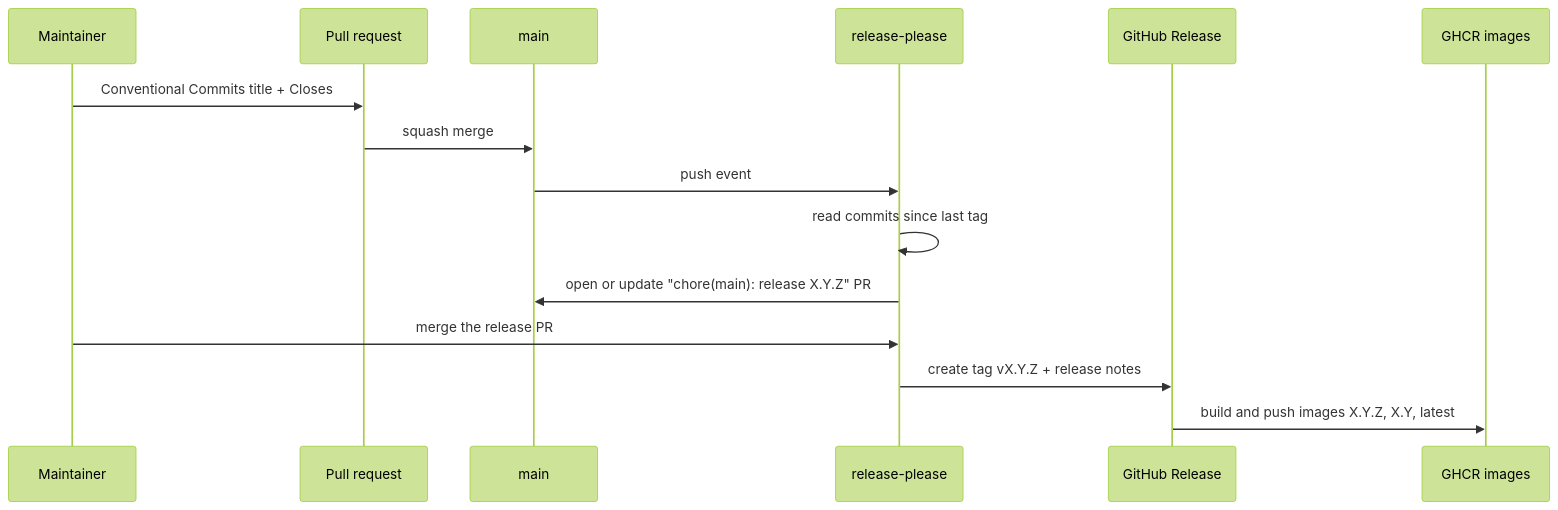
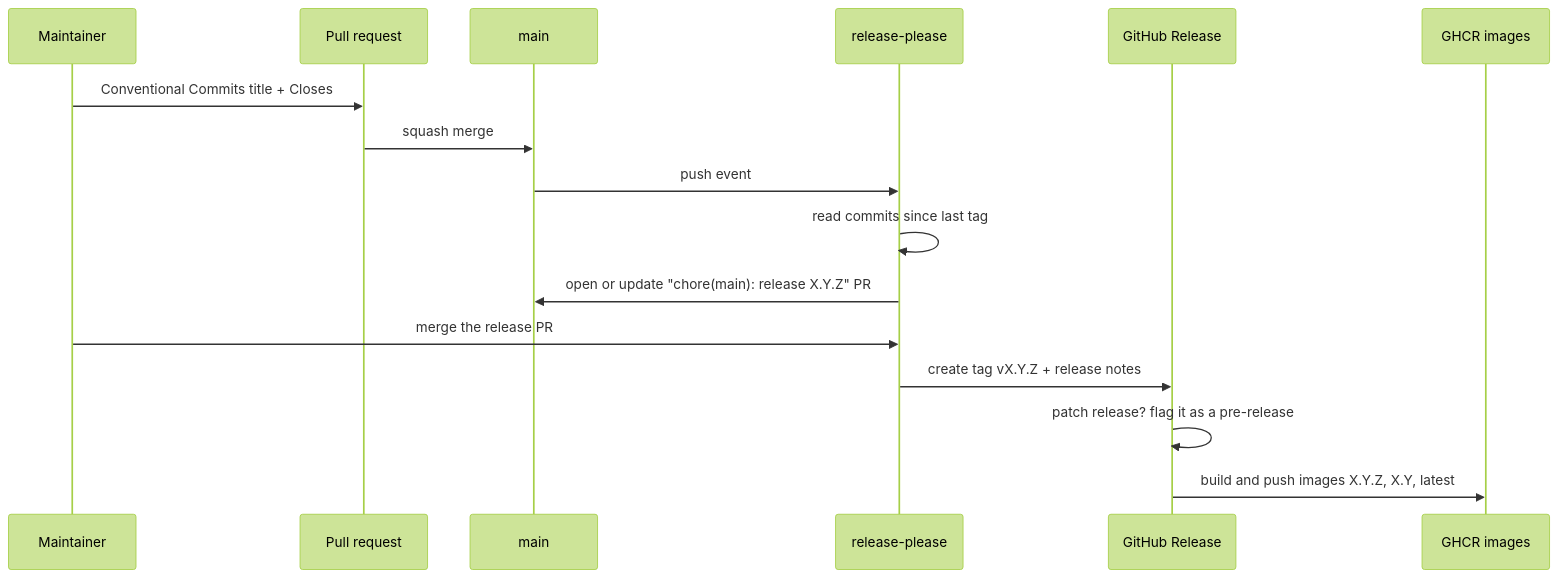
The diagram in docs/process/versioning-and-releases.md (andrediashexa/NOGGlass), drawn with Mermaid (forest theme) before and after one commit. The commit also changed other lines of this file and 8 other files, not shown here.

First line of the commit message:
docs(adr): release every change and flag patch releases as pre-releases (#60)

````diff
--- a/docs/process/versioning-and-releases.md
+++ b/docs/process/versioning-and-releases.md
@@ -47,18 +62,19 @@
 ```mermaid
 sequenceDiagram
     participant Dev as Maintainer
     participant PR as Pull request
     participant Main as main
     participant RP as release-please
     participant GH as GitHub Release
     participant GHCR as GHCR images
 
     Dev->>PR: Conventional Commits title + Closes #issue
     PR->>Main: squash merge
     Main->>RP: push event
     RP->>RP: read commits since last tag
     RP->>Main: open or update "chore(main): release X.Y.Z" PR
     Dev->>RP: merge the release PR
     RP->>GH: create tag vX.Y.Z + release notes
+    GH->>GH: patch release? flag it as a pre-release
     GH->>GHCR: build and push images X.Y.Z, X.Y, latest
 ```
````
